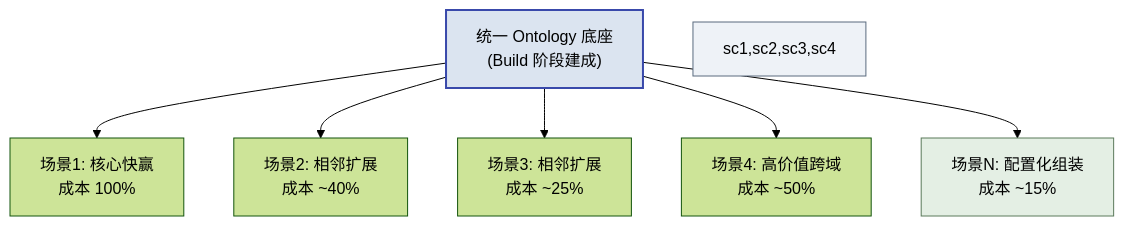
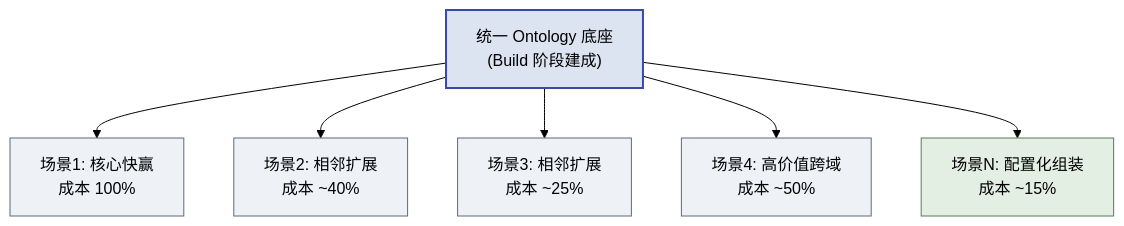
One commit to cloudzun/fde-course changed the diagram in textbook/第08章_Phase4_Scale.md. Above: the diagram before and after it, drawn with Mermaid (forest theme).

Commit message:
fix: 第08章图多节点style改为规范classDef+class写法，修复渲染兼容性

````diff
--- a/textbook/第08章_Phase4_Scale.md
+++ b/textbook/第08章_Phase4_Scale.md
@@ -28,13 +28,14 @@
 ```mermaid
 graph TD
     onto["统一 Ontology 底座<br/>(Build 阶段建成)"]
     onto --> sc1["场景1: 核心快赢<br/>成本 100%"]
     onto --> sc2["场景2: 相邻扩展<br/>成本 ~40%"]
     onto --> sc3["场景3: 相邻扩展<br/>成本 ~25%"]
     onto --> sc4["场景4: 高价值跨域<br/>成本 ~50%"]
     onto --> sc5["场景N: 配置化组装<br/>成本 ~15%"]
 
     style onto fill:#dbe4f0,stroke:#3949ab,stroke-width:2px
-    style sc1,sc2,sc3,sc4 fill:#eef2f7,stroke:#5a6b7f
+    classDef scMain fill:#eef2f7,stroke:#5a6b7f;
+    class sc1,sc2,sc3,sc4 scMain;
     style sc5 fill:#e4efe4,stroke:#5b7a5b
 ```
````
